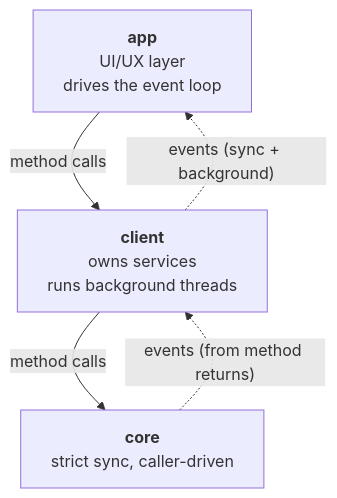
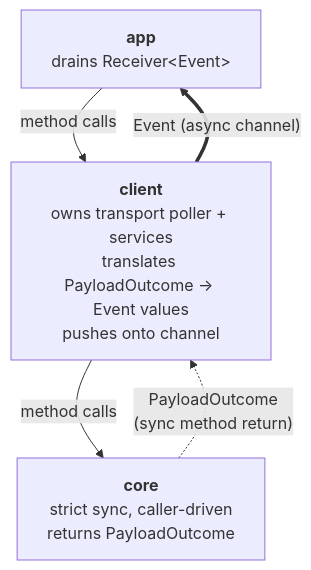
Before and after one commit to logos-messaging/libchat: the first of 2 diagrams in docs/adr/0001-client-event-system.md, drawn with Mermaid. The commit also changed other lines of this file and 21 other files, not shown here.

First line of the commit message:
feat: introduce client event system

````diff
--- a/docs/adr/0001-client-event-system.md
+++ b/docs/adr/0001-client-event-system.md
@@ -30,11 +26,11 @@
 ```mermaid
 flowchart TB
-    A["<b>app</b><br/>UI/UX layer<br/>drives the event loop"]
-    B["<b>client</b><br/>owns services<br/>runs background threads"]
-    C["<b>core</b><br/>strict sync, caller-driven"]
+    A["<b>app</b><br/>drains Receiver&lt;Event&gt;"]
+    B["<b>client</b><br/>owns transport poller + services<br/>translates PayloadOutcome → Event values<br/>pushes onto channel"]
+    C["<b>core</b><br/>strict sync, caller-driven<br/>returns PayloadOutcome"]
 
     A -- "method calls" --> B
     B -- "method calls" --> C
-    C -.->|"events (from method returns)"| B
-    B -.->|"events (sync + background)"| A
+    C -.->|"PayloadOutcome<br/>(sync method return)"| B
+    B == "Event (async channel)" ==> A
 ```
````
